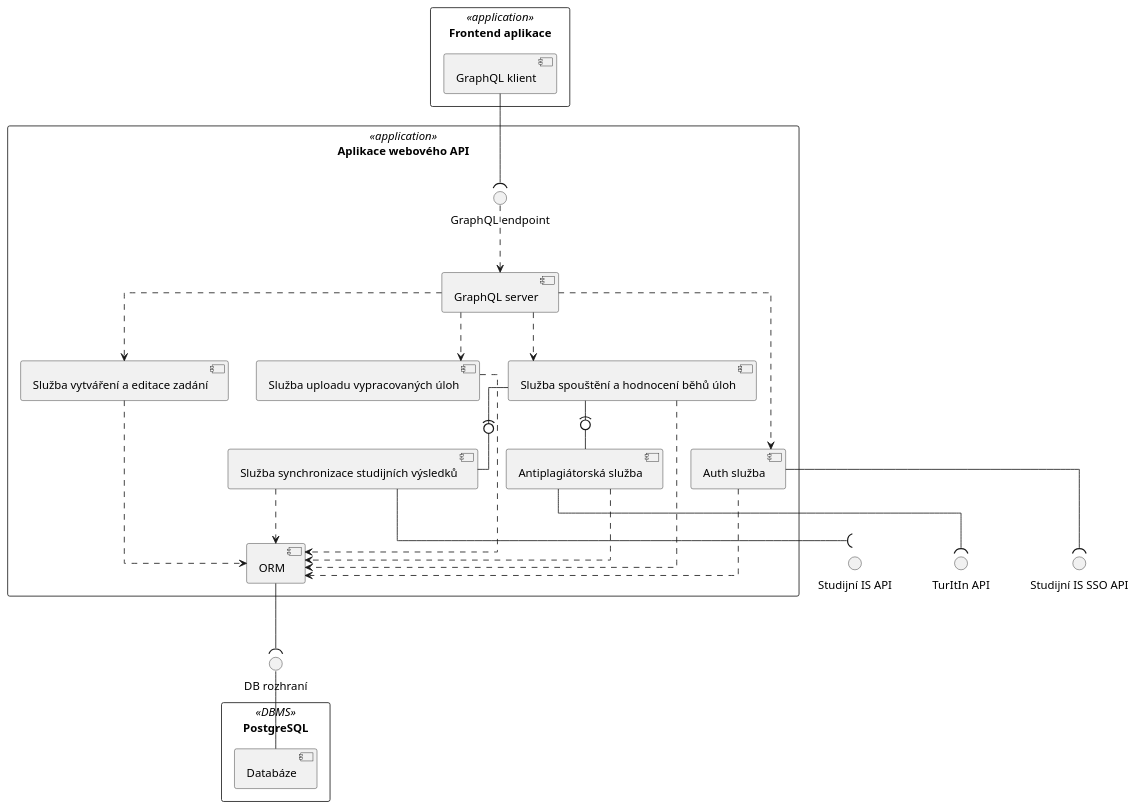
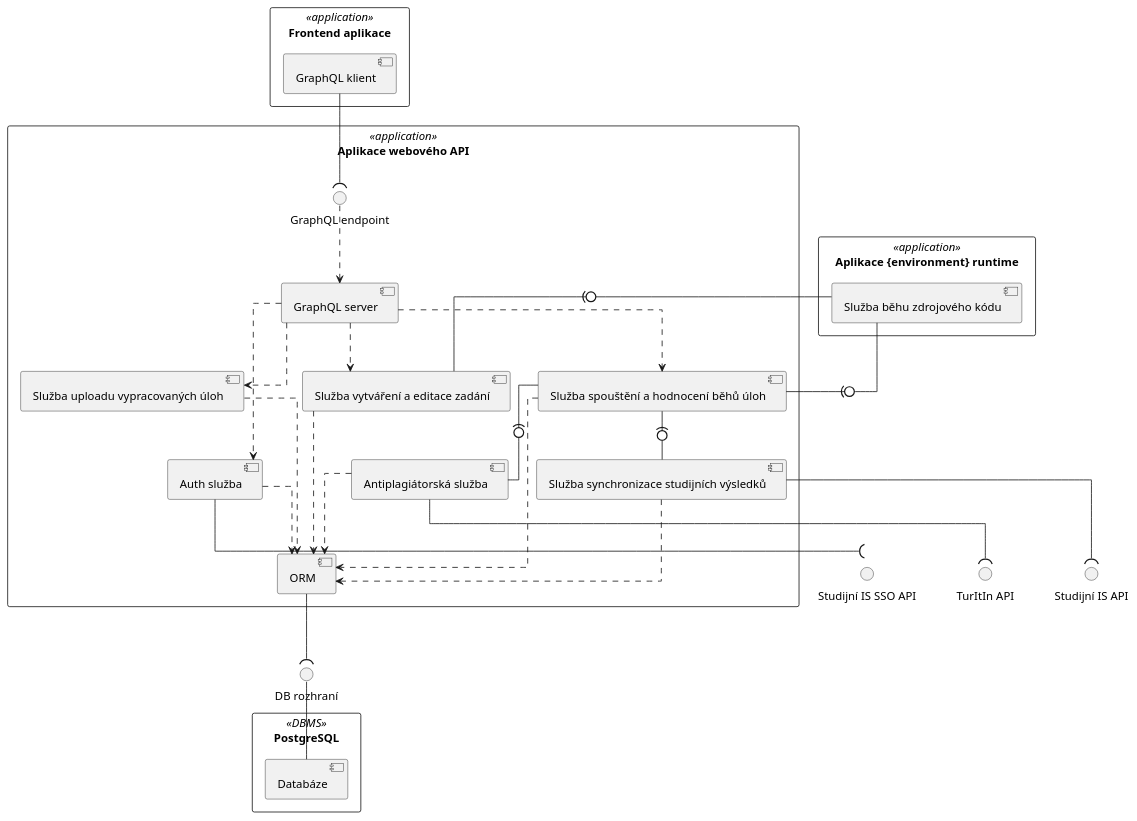
The diagram in assets/diagrams/src/soa/components.puml (pehovorka/4IT575_architektury_docs), drawn with PlantUML before and after one commit.

Commit message:
Add runtime app to components diagram

```diff
--- a/assets/diagrams/src/soa/components.puml
+++ b/assets/diagrams/src/soa/components.puml
@@ -1,60 +1,67 @@
 @startuml
 skinparam linetype ortho
 
 rectangle "Frontend aplikace" <<application>> as frontendApp {
     component "GraphQL klient" as graphqlClient
 }
 
 rectangle "Aplikace webového API" <<application>> as webApiApp {
     component "GraphQL server" as graphqlServer
     component "Antiplagiátorská služba" as antiplagiarismService
     component "Auth služba" as authService
     component "Služba synchronizace studijních výsledků" as gradingSyncService
     component "Služba spouštění a hodnocení běhů úloh" as assesmentRuntimeAndEvaluationService
     component "Služba vytváření a editace zadání" as assessmentCreationService
     component "Služba uploadu vypracovaných úloh" as uploadService
     component "ORM" as ORM
 
     interface "GraphQL endpoint" as graphqlInterface
+}
+
+rectangle "Aplikace {environment} runtime" <<application>> as runtimeEnv {
+    component "Služba běhu zdrojového kódu" as runtimeService
 }
 
 rectangle "PostgreSQL" <<DBMS>> {
     component "Databáze" as DB
 }
 
 
 interface "TurItIn API" as turnitinAPI
 interface "Studijní IS SSO API" as studyISSSO
 interface "Studijní IS API" as studyISAPI
 interface "DB rozhraní" as dbInterface
 
 
 graphqlClient --( graphqlInterface
 graphqlInterface ..> graphqlServer
 
 graphqlServer ..> assessmentCreationService
 graphqlServer ..> assesmentRuntimeAndEvaluationService
 graphqlServer ..> authService
 graphqlServer ..> uploadService
 
 assesmentRuntimeAndEvaluationService -(0- gradingSyncService
 assesmentRuntimeAndEvaluationService -(0- antiplagiarismService
 
+assesmentRuntimeAndEvaluationService -u(0- runtimeService
+assessmentCreationService -u(0- runtimeService
+
 
 antiplagiarismService --( turnitinAPI
 authService --( studyISSSO
 gradingSyncService --( studyISAPI
 
 assessmentCreationService ..> ORM
 assesmentRuntimeAndEvaluationService ..> ORM
 uploadService ..> ORM
 gradingSyncService ..> ORM
 antiplagiarismService ..> ORM
 authService ..> ORM
 
 
 ORM --( dbInterface
 dbInterface -- DB
 
 
 @enduml
```
